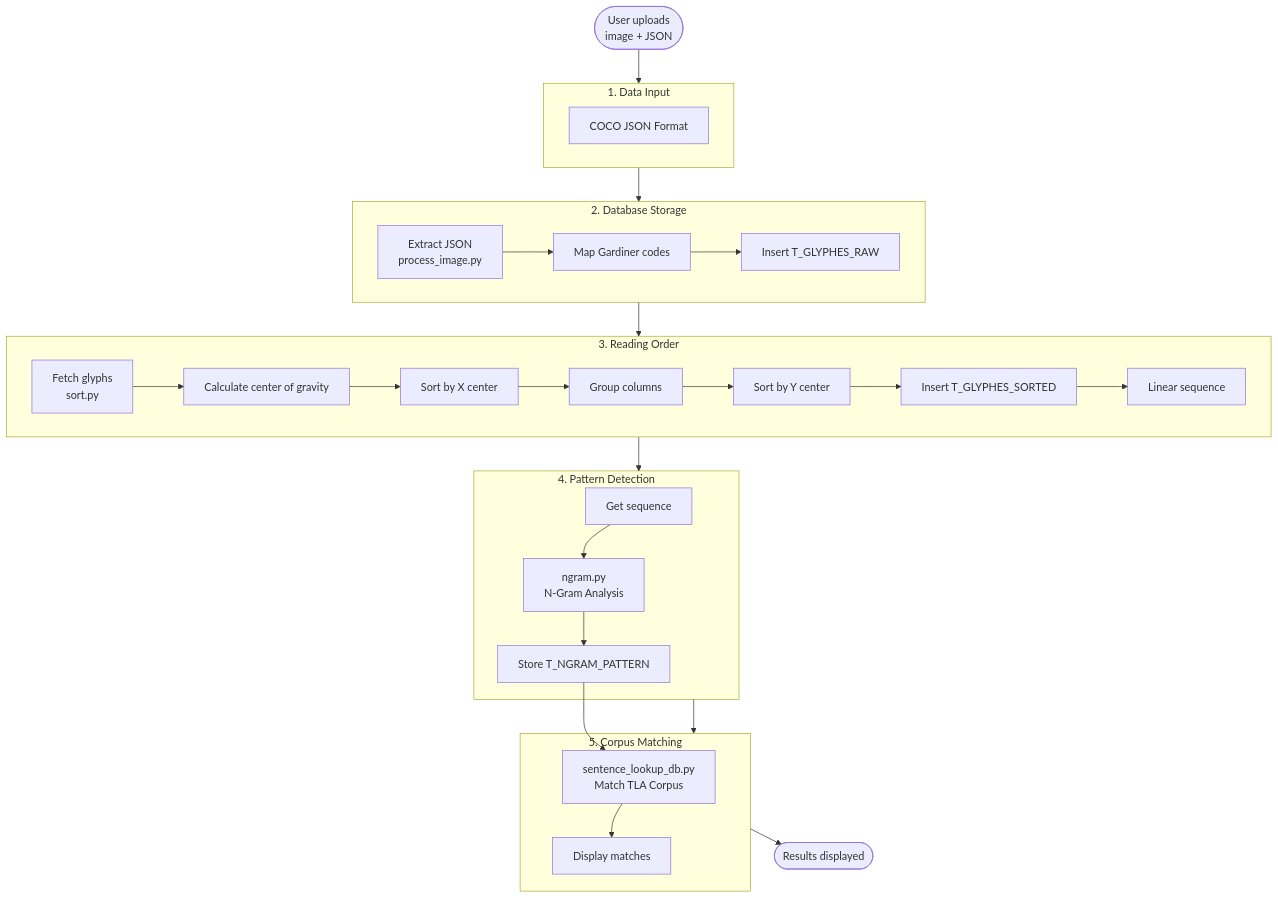
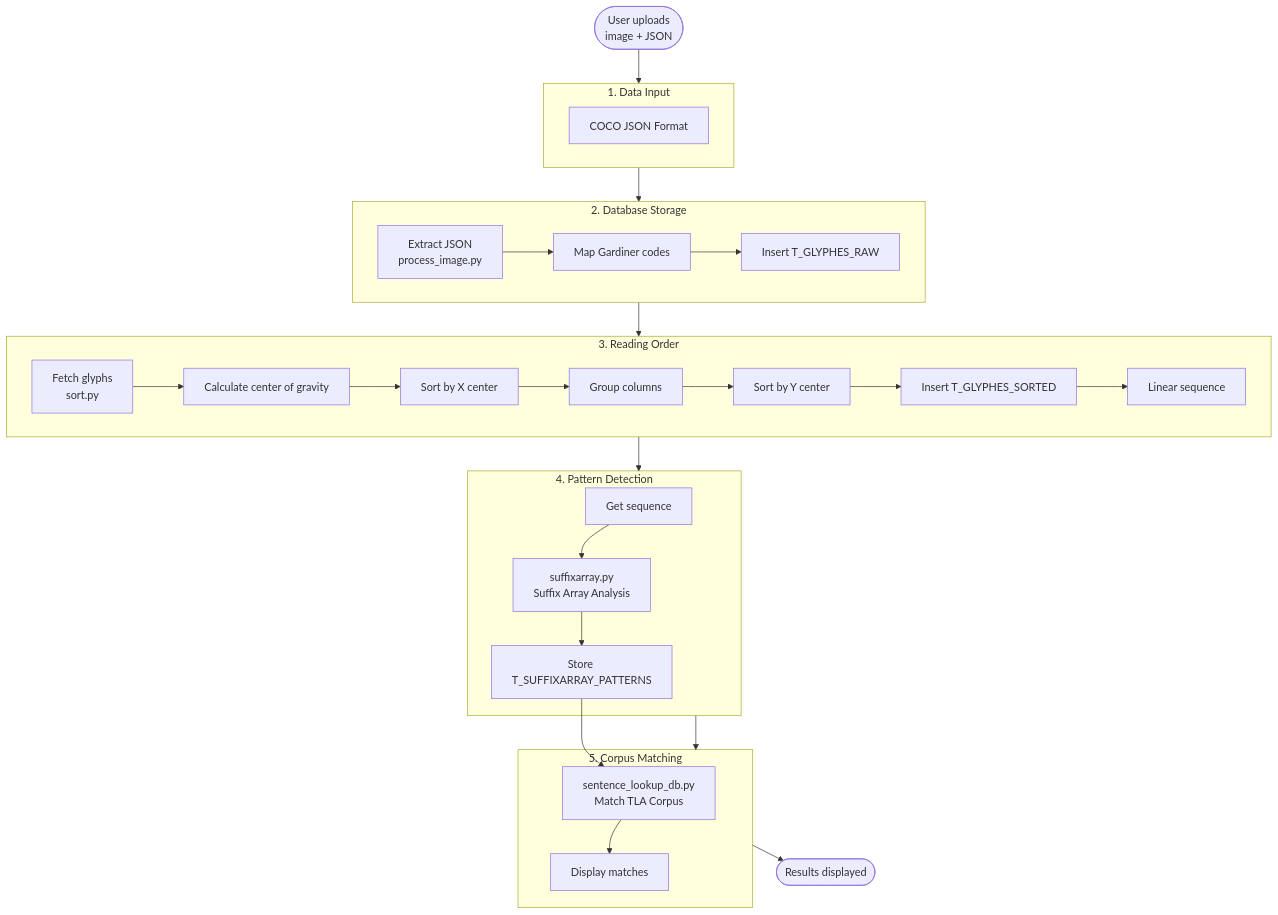
The second of 3 diagrams in README.md (Philipp1305/hieroglyphic-pattern-analyzer), drawn with Mermaid before and after one commit. The commit also changed other lines of this file, not shown here.

Commit message:
Replaced references to ngram.py with suffixarray.py

````diff
--- a/README.md
+++ b/README.md
@@ -109,52 +108,52 @@
 ```mermaid
 flowchart TD
     Start([User uploads<br/>image + JSON]) --> Stage1
     
     subgraph Stage1["1. Data Input"]
         JSON[COCO JSON Format]
     end
     
     Stage1 --> Stage2
     
     subgraph Stage2["2. Database Storage"]
         Extract[Extract JSON<br/>process_image.py]
         Map[Map Gardiner codes]
         InsertRaw[Insert T_GLYPHES_RAW]
         Extract --> Map --> InsertRaw
     end
     
     Stage2 --> Stage3
     
     subgraph Stage3["3. Reading Order"]
         Fetch[Fetch glyphs<br/>sort.py]
         CalcCenter[Calculate center of gravity]
         SortX[Sort by X center]
         GroupCol[Group columns]
         SortY[Sort by Y center]
         InsertSort[Insert T_GLYPHES_SORTED]
         Linear[Linear sequence]
         
         Fetch --> CalcCenter --> SortX --> GroupCol --> SortY --> InsertSort --> Linear
     end
     
     Stage3 --> Stage4
     
     subgraph Stage4["4. Pattern Detection"]
         Retrieve[Get sequence]
-        NGram[ngram.py<br/>N-Gram Analysis]
-        StorePattern[Store T_NGRAM_PATTERN]
+        SuffixArray[suffixarray.py<br/>Suffix Array Analysis]
+        StorePattern[Store T_SUFFIXARRAY_PATTERNS]
         
-        Retrieve --> NGram --> StorePattern
+        Retrieve --> SuffixArray --> StorePattern
     end
     
     Stage4 --> Stage5
     
     subgraph Stage5["5. Corpus Matching"]
         LookupSent[sentence_lookup_db.py<br/>Match TLA Corpus]
         Display[Display matches]
         
         StorePattern --> LookupSent --> Display
     end
     
     Stage5 --> End([Results displayed])
 ```
````
